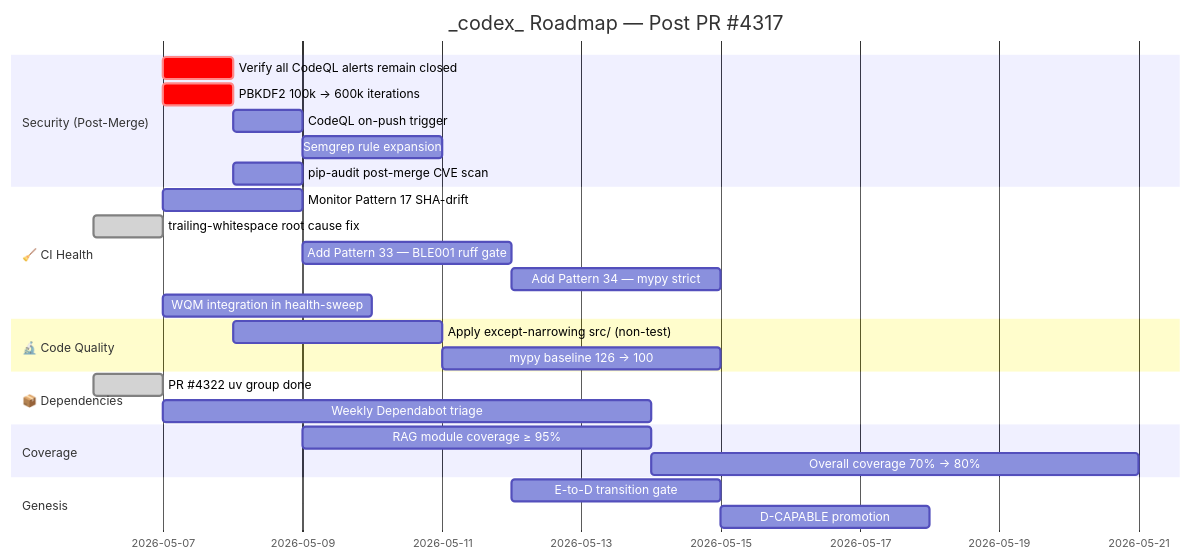
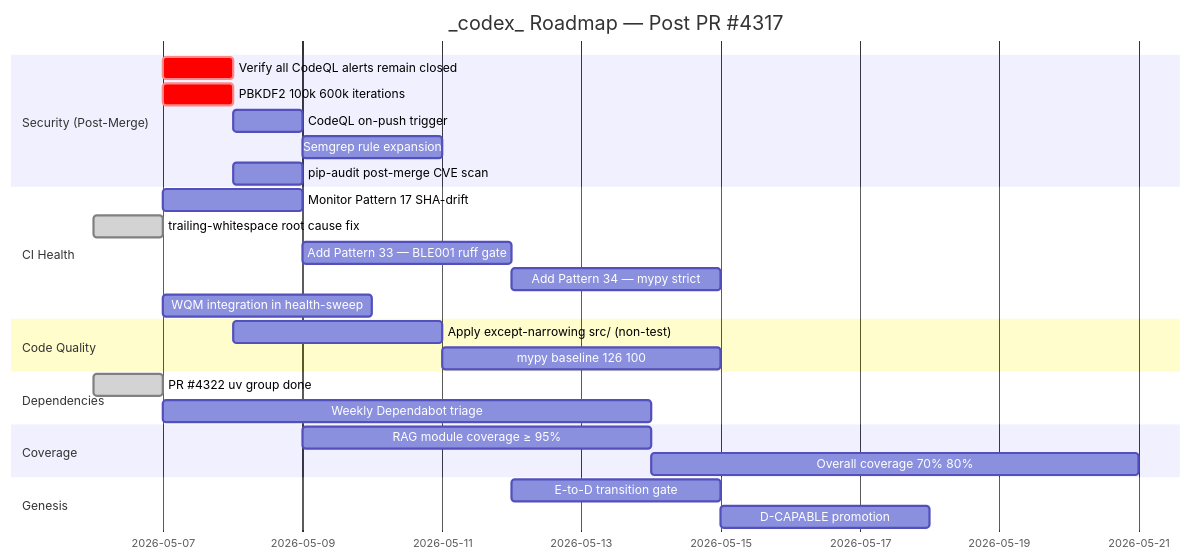
One commit to Aries-Serpent/_codex_ changed the third of 16 diagrams in docs/roadmap/PR4317_whats_next.md. Above: the diagram before and after it, drawn with Mermaid. The commit also changed other lines of this file and 4117 other files, not shown here.

````diff
--- a/docs/roadmap/PR4317_whats_next.md
+++ b/docs/roadmap/PR4317_whats_next.md
@@ -137,30 +141,31 @@
 ```mermaid
 %%{init: {'accessibility': {'title': 'Diagram'}}%%
+
 gantt
-    title _codex_ Roadmap — Post PR #4317
-    dateFormat  YYYY-MM-DD
-    section  Security (Post-Merge)
-        Verify all CodeQL alerts remain closed    :crit, sec0, 2026-05-07, 1d
-        PBKDF2 100k → 600k iterations             :crit, sec1, 2026-05-07, 1d
-        CodeQL on-push trigger                    :sec2, after sec1, 1d
-        Semgrep rule expansion                    :sec3, after sec2, 2d
-        pip-audit post-merge CVE scan             :sec4, after sec0, 1d
-    section 🧹 CI Health
-        Monitor Pattern 17 SHA-drift              :ci0, 2026-05-07, 2d
-        trailing-whitespace root cause fix      :done, ci_tw, 2026-05-06, 1d
-        Add Pattern 33 — BLE001 ruff gate         :ci1, after ci0, 3d
-        Add Pattern 34 — mypy strict              :ci2, after ci1, 3d
-        WQM integration in health-sweep           :ci4, 2026-05-07, 3d
-    section 🔬 Code Quality
-        Apply except-narrowing src/ (non-test)    :q1, 2026-05-08, 3d
-        mypy baseline 126 → 100                   :q2, after q1, 4d
-    section 📦 Dependencies
-        PR #4322 uv group  done                 :done, dep0, 2026-05-06, 1d
-        Weekly Dependabot triage                  :dep2, 2026-05-07, 7d
-    section  Coverage
-        RAG module coverage ≥ 95%                 :cov1, 2026-05-09, 5d
-        Overall coverage 70% → 80%                :cov2, after cov1, 7d
-    section  Genesis
-        E-to-D transition gate                    :gen1, 2026-05-12, 3d
-        D-CAPABLE promotion                       :gen2, after gen1, 3d
+ title _codex_ Roadmap — Post PR #4317
+ dateFormat YYYY-MM-DD
+ section Security (Post-Merge)
+ Verify all CodeQL alerts remain closed :crit, sec0, 2026-05-07, 1d
+ PBKDF2 100k 600k iterations :crit, sec1, 2026-05-07, 1d
+ CodeQL on-push trigger :sec2, after sec1, 1d
+ Semgrep rule expansion :sec3, after sec2, 2d
+ pip-audit post-merge CVE scan :sec4, after sec0, 1d
+ section CI Health
+ Monitor Pattern 17 SHA-drift :ci0, 2026-05-07, 2d
+ trailing-whitespace root cause fix :done, ci_tw, 2026-05-06, 1d
+ Add Pattern 33 — BLE001 ruff gate :ci1, after ci0, 3d
+ Add Pattern 34 — mypy strict :ci2, after ci1, 3d
+ WQM integration in health-sweep :ci4, 2026-05-07, 3d
+ section Code Quality
+ Apply except-narrowing src/ (non-test) :q1, 2026-05-08, 3d
+ mypy baseline 126 100 :q2, after q1, 4d
+ section Dependencies
+ PR #4322 uv group done :done, dep0, 2026-05-06, 1d
+ Weekly Dependabot triage :dep2, 2026-05-07, 7d
+ section Coverage
+ RAG module coverage ≥ 95% :cov1, 2026-05-09, 5d
+ Overall coverage 70% 80% :cov2, after cov1, 7d
+ section Genesis
+ E-to-D transition gate :gen1, 2026-05-12, 3d
+ D-CAPABLE promotion :gen2, after gen1, 3d
 ```
````
